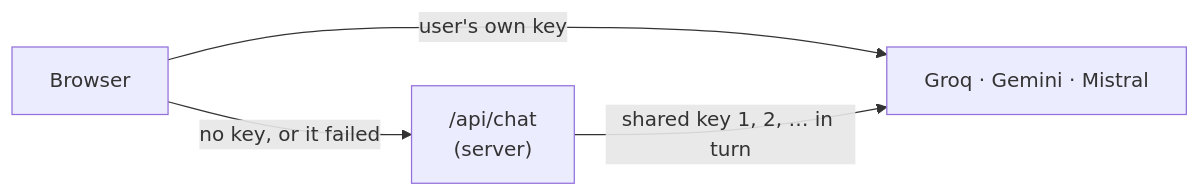
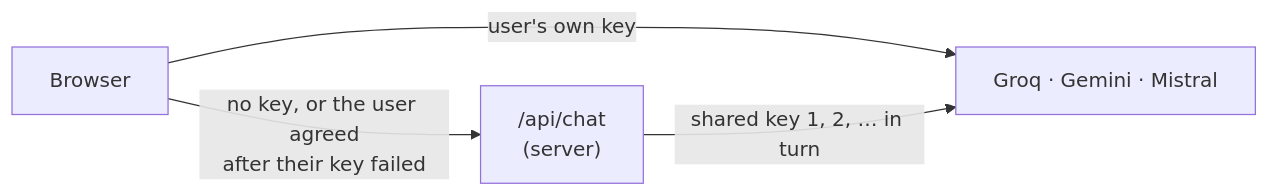
One commit to SiddharthDevmurari/SankShep.ai changed the third of 4 diagrams in README.md. Above: the diagram before and after it, drawn with Mermaid. The commit also changed other lines of this file and 16 other files, not shown here.

````diff
--- a/README.md
+++ b/README.md
@@ -153,6 +189,6 @@
 ```mermaid
 flowchart LR
     U["Browser"] -- "user's own key" --> P["Groq · Gemini · Mistral"]
-    U -- "no key, or it failed" --> S["/api/chat<br/>(server)"]
+    U -- "no key, or the user agreed<br/>after their key failed" --> S["/api/chat<br/>(server)"]
     S -- "shared key 1, 2, … in turn" --> P
 ```
````
